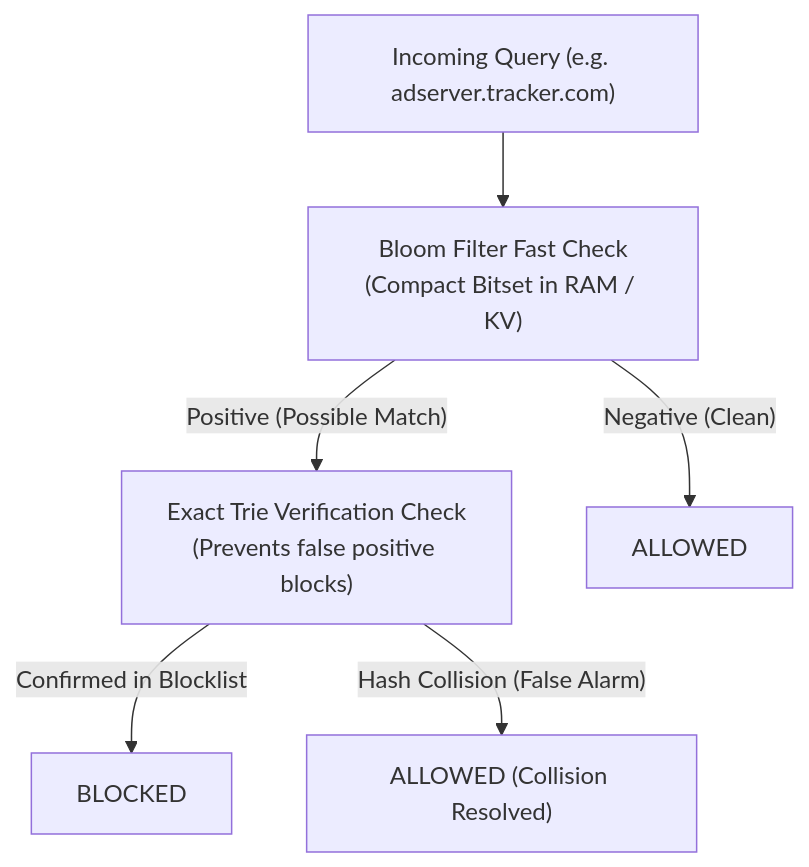
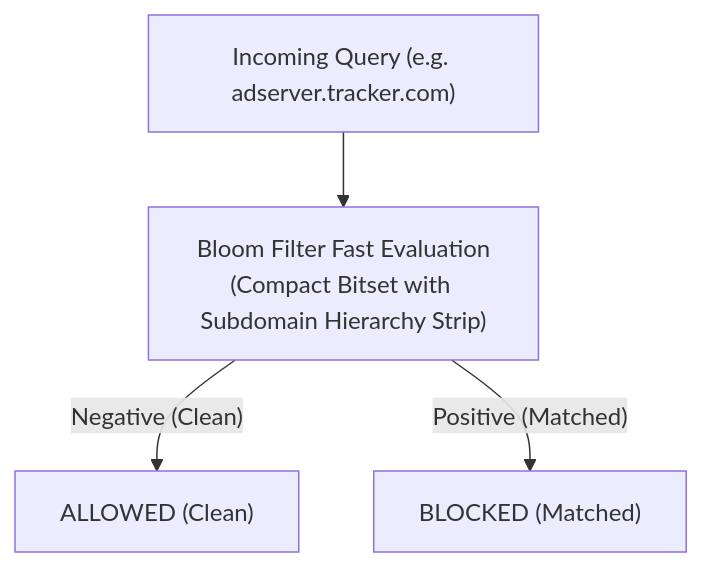
The diagram in docs/src/content/docs/filtering/rules.mdx (Obein/DNS-Worker), drawn with Mermaid before and after one commit. The commit also changed other lines of this file and 7 other files, not shown here.

````diff
--- a/docs/src/content/docs/filtering/rules.mdx
+++ b/docs/src/content/docs/filtering/rules.mdx
@@ -101,15 +101,11 @@
 ```mermaid
 flowchart TD
     REQ["Incoming Query (e.g. adserver.tracker.com)"]
-    BLOOM["Bloom Filter Fast Check<br/>(Compact Bitset in RAM / KV)"]
-    TRIE["Exact Trie Verification Check<br/>(Prevents false positive blocks)"]
-    PASS1["ALLOWED"]
-    BLOCK["BLOCKED"]
-    PASS2["ALLOWED (Collision Resolved)"]
+    BLOOM["Bloom Filter Fast Evaluation<br/>(Compact Bitset with Subdomain Hierarchy Strip)"]
+    PASS["ALLOWED (Clean)"]
+    BLOCK["BLOCKED (Matched)"]
 
     REQ --> BLOOM
-    BLOOM -->|"Negative (Clean)"| PASS1
-    BLOOM -->|"Positive (Possible Match)"| TRIE
-    TRIE -->|"Confirmed in Blocklist"| BLOCK
-    TRIE -->|"Hash Collision (False Alarm)"| PASS2
+    BLOOM -->|"Negative (Clean)"| PASS
+    BLOOM -->|"Positive (Matched)"| BLOCK
 ```
````
